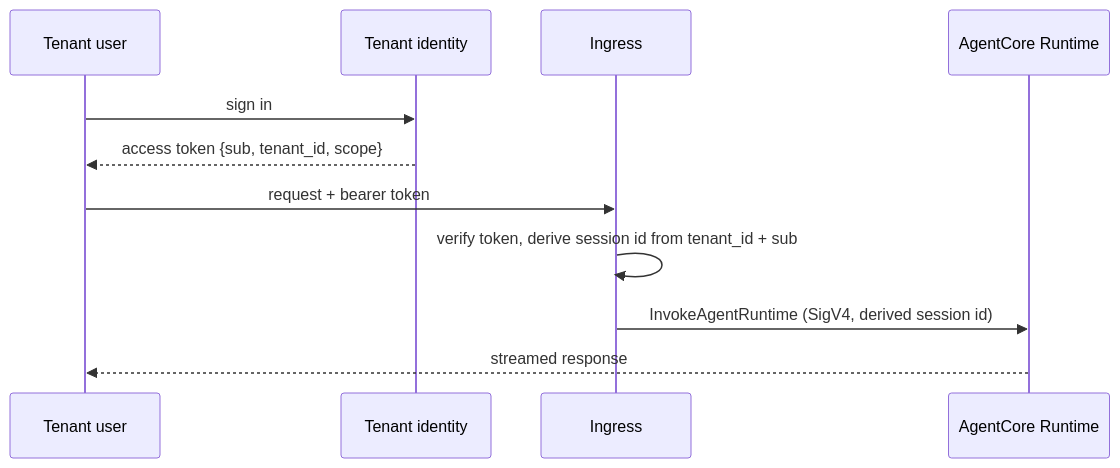
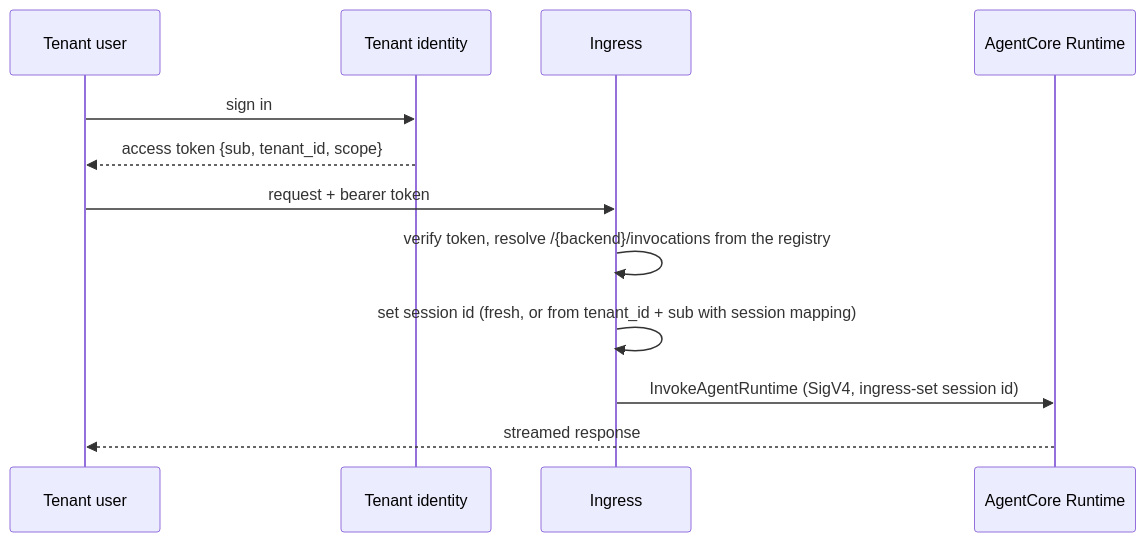
One commit to aws-samples/sample-agentic-ai-acceleration-patterns changed the third of 3 diagrams in ARCHITECTURE.md. Above: the diagram before and after it, drawn with Mermaid. The commit also changed other lines of this file and 33 other files, not shown here.

````diff
--- a/ARCHITECTURE.md
+++ b/ARCHITECTURE.md
@@ -220,13 +220,14 @@
 ```mermaid
 sequenceDiagram
   participant U as Tenant user
   participant ID as Tenant identity
   participant IN as Ingress
   participant RT as AgentCore Runtime
   U->>ID: sign in
   ID-->>U: access token {sub, tenant_id, scope}
   U->>IN: request + bearer token
-  IN->>IN: verify token, derive session id from tenant_id + sub
-  IN->>RT: InvokeAgentRuntime (SigV4, derived session id)
+  IN->>IN: verify token, resolve /{backend}/invocations from the registry
+  IN->>IN: set session id (fresh, or from tenant_id + sub with session mapping)
+  IN->>RT: InvokeAgentRuntime (SigV4, ingress-set session id)
   RT-->>U: streamed response
 ```
````
